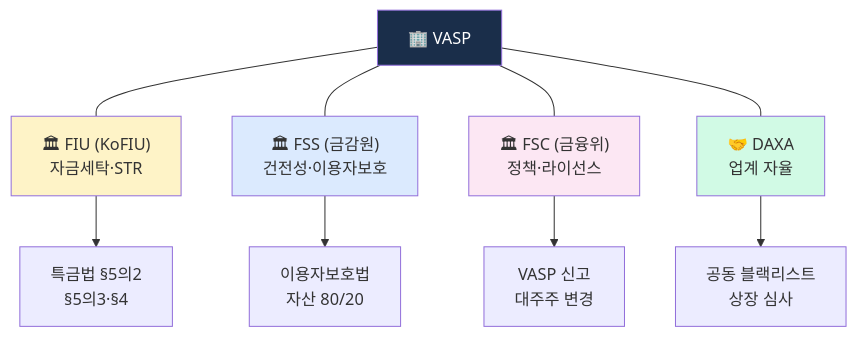
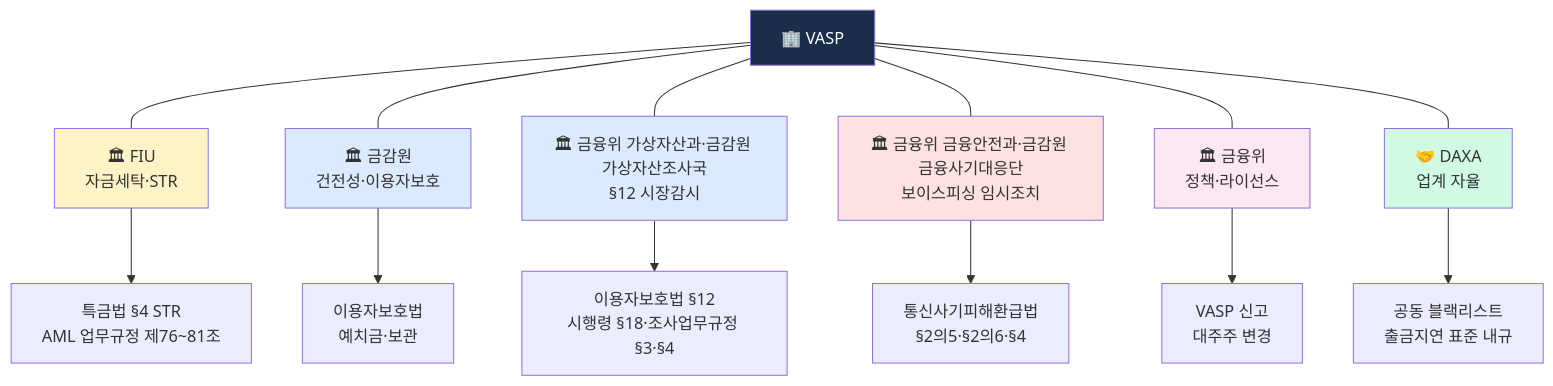
Before and after one commit to lala-david/aml-notes: the first of 4 diagrams in notes/5-compliance/inspection-response.md, drawn with Mermaid. The commit also changed other lines of this file and 379 other files, not shown here.

First line of the commit message:
notes,kb,en,deep,charts: 2026-10-21 기준 정정 46건 반영 — 출처 없는 수치를 걷어내고 다이어그램을 다시 그림

````diff
--- a/notes/5-compliance/inspection-response.md
+++ b/notes/5-compliance/inspection-response.md
@@ -26,24 +29,32 @@
 ```mermaid
 flowchart TB
     V["🏢 VASP"]
-    FIU["🏛 FIU (KoFIU)<br/>자금세탁·STR"]
-    FSS["🏛 FSS (금감원)<br/>건전성·이용자보호"]
-    FSC["🏛 FSC (금융위)<br/>정책·라이선스"]
+    FIU["🏛 FIU<br/>자금세탁·STR"]
+    FSS["🏛 금감원<br/>건전성·이용자보호"]
+    MS["🏛 금융위 가상자산과·금감원 가상자산조사국<br/>§12 시장감시"]
+    TS["🏛 금융위 금융안전과·금감원 금융사기대응단<br/>보이스피싱 임시조치"]
+    FSC["🏛 금융위<br/>정책·라이선스"]
     DAXA["🤝 DAXA<br/>업계 자율"]
 
     V --- FIU
     V --- FSS
+    V --- MS
+    V --- TS
     V --- FSC
     V --- DAXA
 
-    FIU --> R1["특금법 §5의2<br/>§5의3·§4"]
-    FSS --> R2["이용자보호법<br/>자산 80/20"]
+    FIU --> R1["특금법 §4 STR<br/>AML 업무규정 제76~81조"]
+    FSS --> R2["이용자보호법<br/>예치금·보관"]
+    MS --> R5["이용자보호법 §12<br/>시행령 §18·조사업무규정 §3·§4"]
+    TS --> R6["통신사기피해환급법<br/>§2의5·§2의6·§4"]
     FSC --> R3["VASP 신고<br/>대주주 변경"]
-    DAXA --> R4["공동 블랙리스트<br/>상장 심사"]
+    DAXA --> R4["공동 블랙리스트<br/>출금지연 표준 내규"]
 
     style V fill:#1a2e4a,color:#fff
     style FIU fill:#fef3c7
     style FSS fill:#dbeafe
+    style MS fill:#dbeafe
+    style TS fill:#fee2e2
     style FSC fill:#fce7f3
     style DAXA fill:#d1fae5
 ```
````
